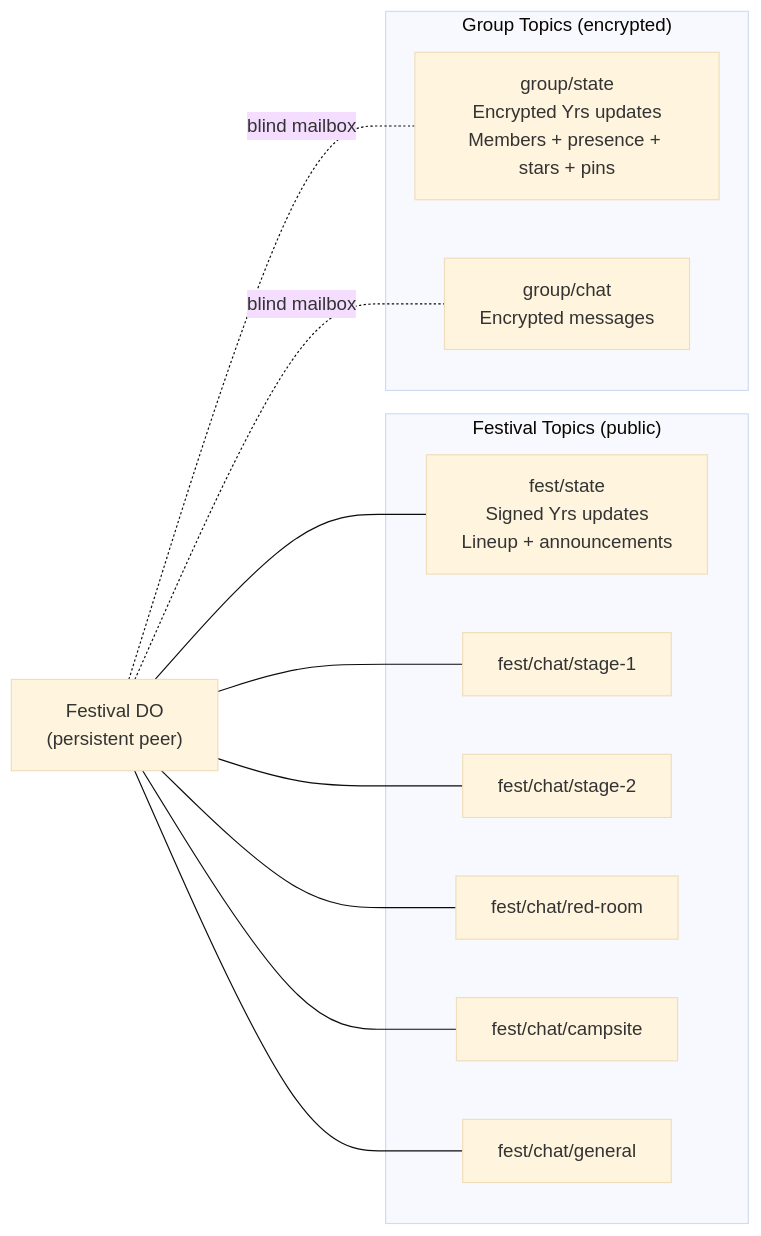
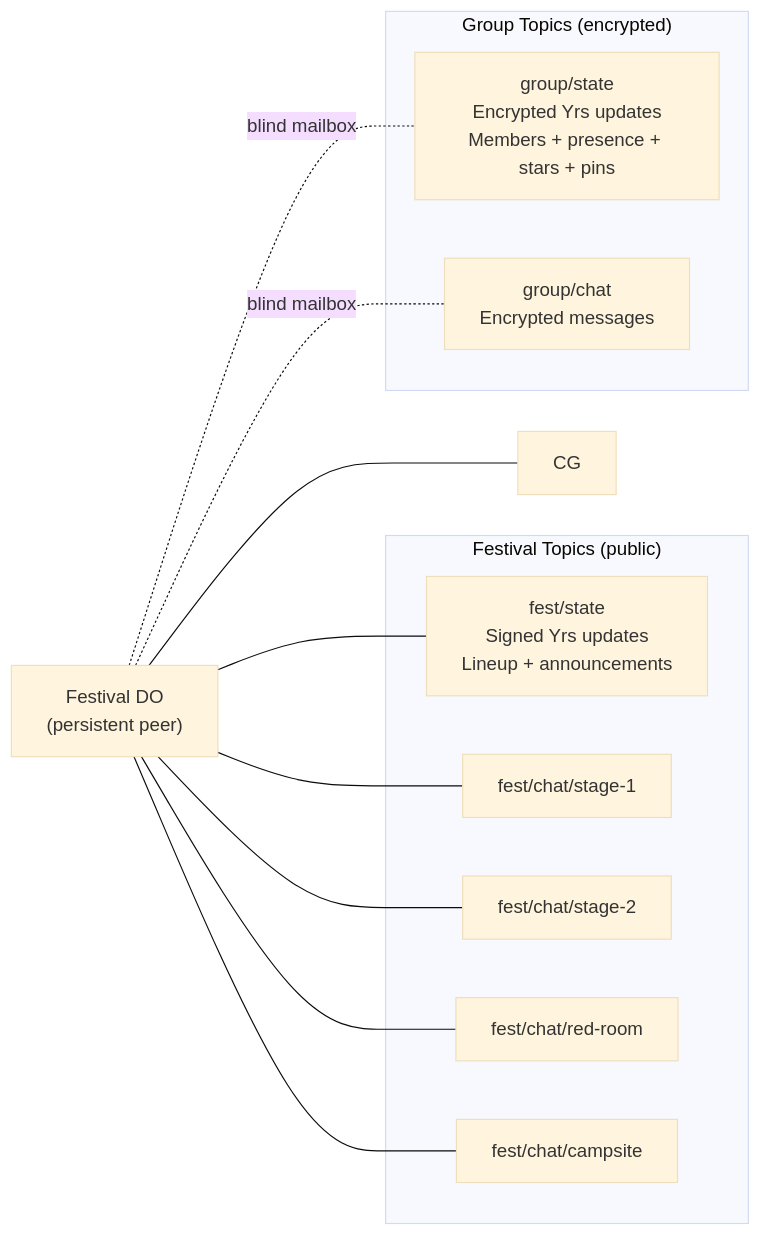
The second of 2 diagrams in docs/prd.md (arlyon/offbeat), drawn with Mermaid (base theme) before and after one commit. The commit also changed other lines of this file and 70 other files, not shown here.

````diff
--- a/docs/prd.md
+++ b/docs/prd.md
@@ -108,26 +108,25 @@
 ```mermaid
 graph LR
     subgraph "Festival Topics (public)"
         FS["fest/state<br/>Signed Yrs updates<br/>Lineup + announcements"]
         C1["fest/chat/stage-1"]
         C2["fest/chat/stage-2"]
         C3["fest/chat/red-room"]
         CC["fest/chat/campsite"]
-        CG["fest/chat/general"]
     end
 
     subgraph "Group Topics (encrypted)"
         GS["group/state<br/>Encrypted Yrs updates<br/>Members + presence + stars + pins"]
         GM["group/chat<br/>Encrypted messages"]
     end
 
     DO["Festival DO<br/>(persistent peer)"]
     DO --- FS
     DO --- C1
     DO --- C2
     DO --- C3
     DO --- CC
     DO --- CG
     DO -.-|"blind mailbox"| GS
     DO -.-|"blind mailbox"| GM
 ```
````
